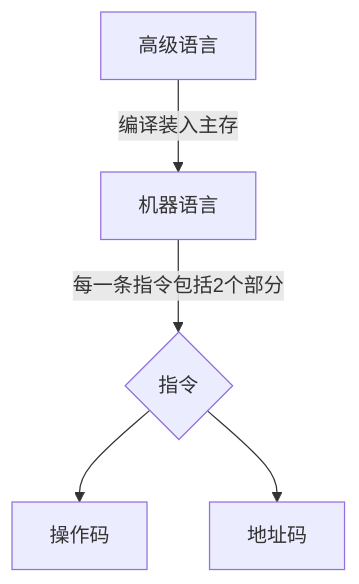
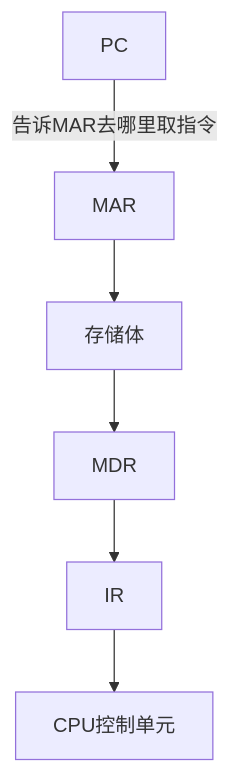
The second of 2 diagrams in 计算机组成原理/01.第1章 计算机系统概述.md (pqqqYa/electronic-tombstonev), drawn with Mermaid before and after one commit. The commit also changed other lines of this file and 1 other file, not shown here.

Commit message:
vault backup: 2025-02-26 14:54:41

```diff
--- a/计算机组成原理/01.第1章 计算机系统概述.md
+++ b/计算机组成原理/01.第1章 计算机系统概述.md
@@ -96,8 +98,9 @@
 ~~~mermaid
 graph TD;
-    A[高级语言]  -- 编译装入主存--> B;
-	B[机器语言] -- 每一条指令包括2个部分 --> C{指令};
-	C --> D[操作码];
-	C --> E[地址码]
+	A[PC] -- 告诉MAR去哪里取指令 --> B[MAR]
+	B --> C[存储体];
+	C --> D[MDR];
+	D --> E[IR];
+	E --> F[CPU控制单元]
 	
 ~~~
```
